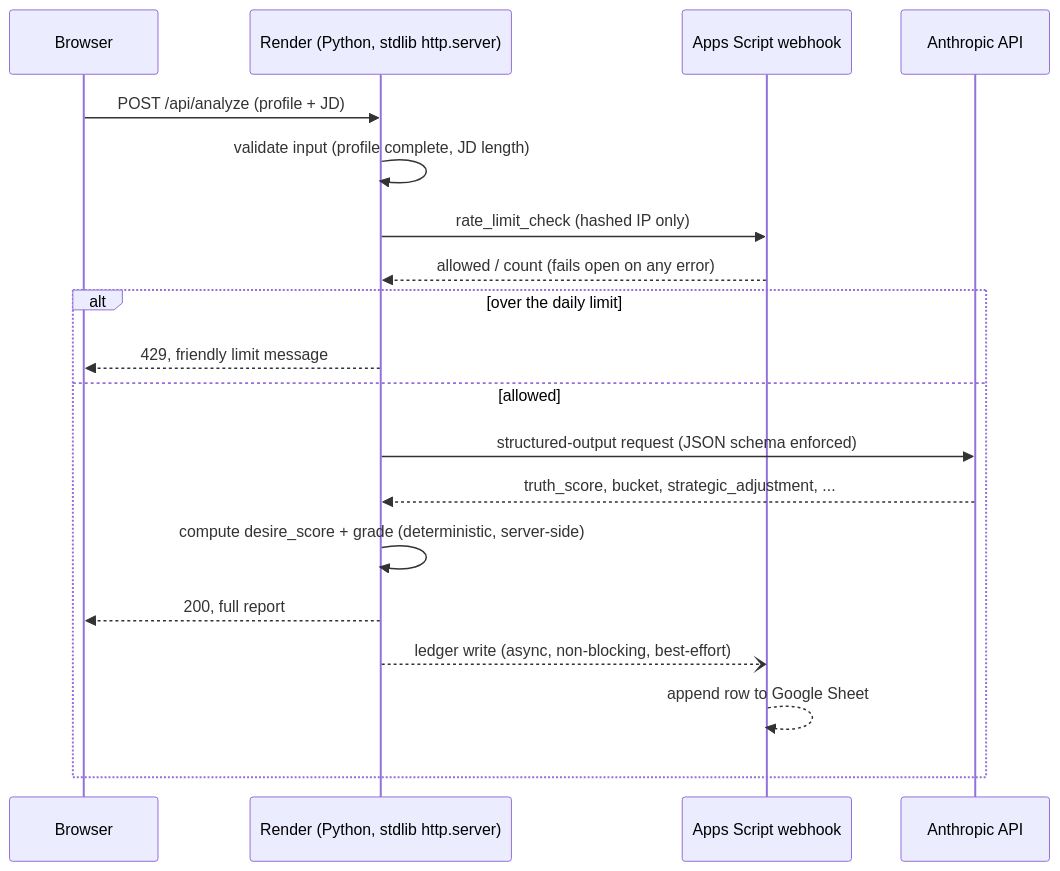
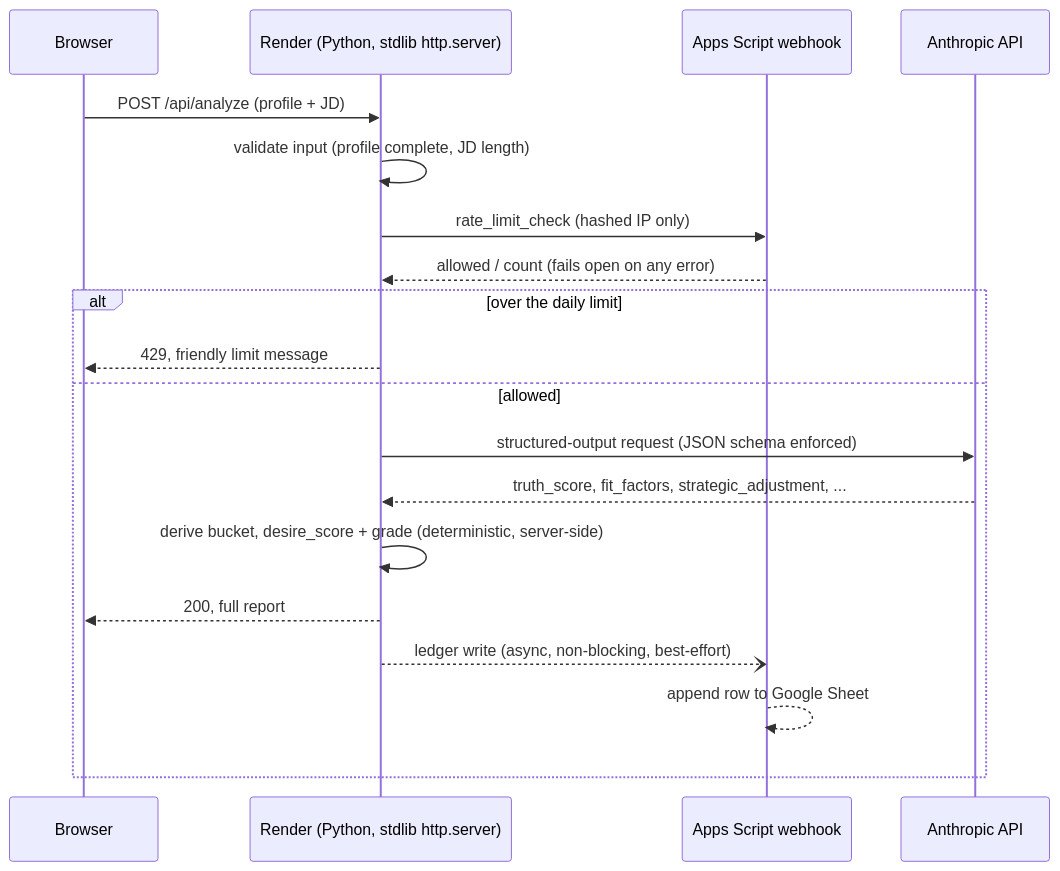
The diagram in docs/architecture.md (brianmheying/resume-signal-framework), drawn with Mermaid before and after one commit. The commit also changed 2 other files, not shown here.

````diff
--- a/docs/architecture.md
+++ b/docs/architecture.md
@@ -9,22 +9,22 @@
 ```mermaid
 sequenceDiagram
     participant U as Browser
     participant S as Render (Python, stdlib http.server)
     participant G as Apps Script webhook
     participant A as Anthropic API
 
     U->>S: POST /api/analyze (profile + JD)
     S->>S: validate input (profile complete, JD length)
     S->>G: rate_limit_check (hashed IP only)
     G-->>S: allowed / count (fails open on any error)
     alt over the daily limit
         S-->>U: 429, friendly limit message
     else allowed
         S->>A: structured-output request (JSON schema enforced)
-        A-->>S: truth_score, bucket, strategic_adjustment, ...
-        S->>S: compute desire_score + grade (deterministic, server-side)
+        A-->>S: truth_score, fit_factors, strategic_adjustment, ...
+        S->>S: derive bucket, desire_score + grade (deterministic, server-side)
         S-->>U: 200, full report
         S--)G: ledger write (async, non-blocking, best-effort)
         G-->>G: append row to Google Sheet
     end
 ```
````
